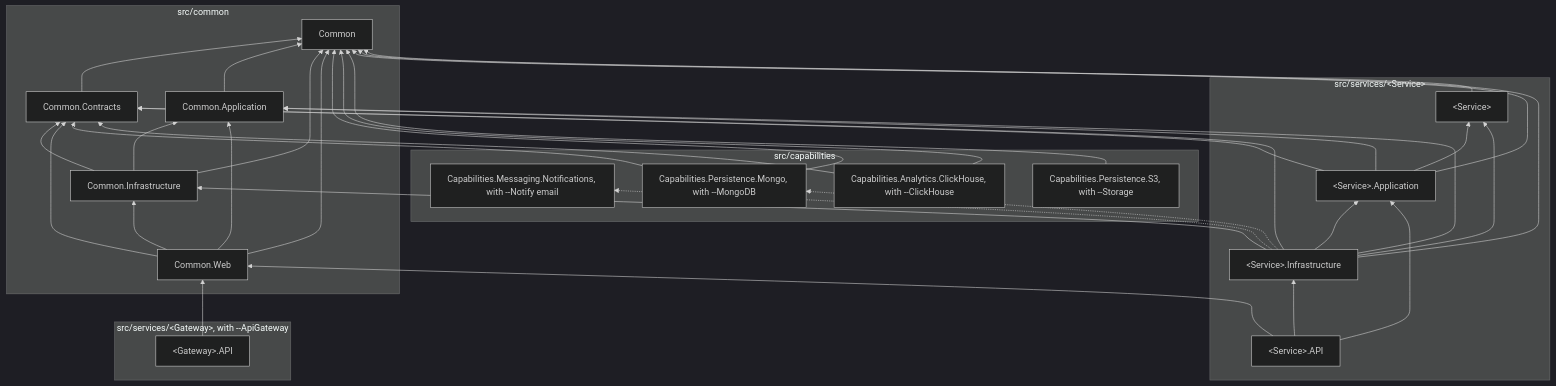
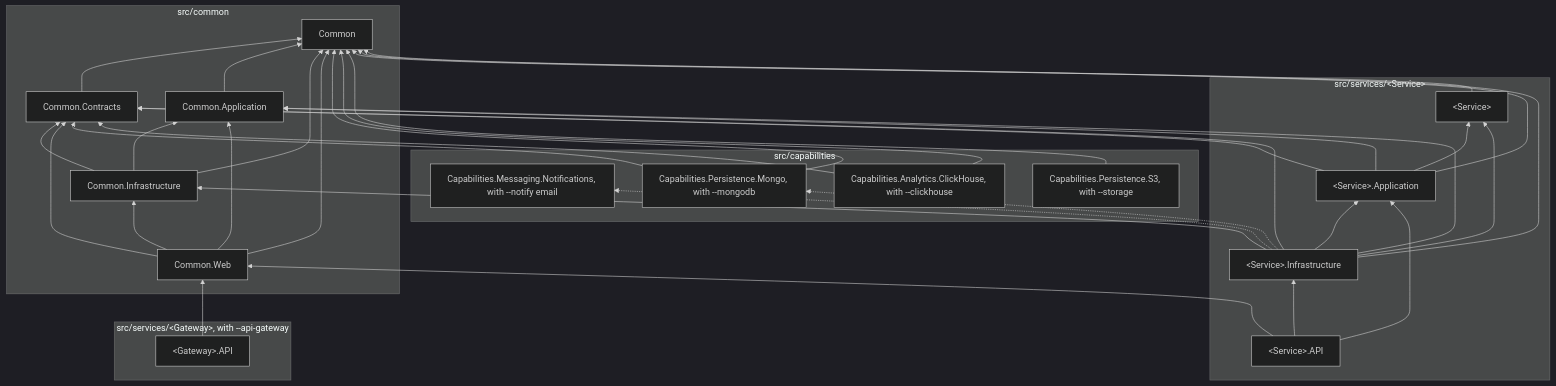
The diagram in docs/architecture/projects-and-layers.md (sawking-tech/DotNetSolutionKit), drawn with Mermaid (dark theme) before and after one commit. The commit also changed other lines of this file and 76 other files, not shown here.

````diff
--- a/docs/architecture/projects-and-layers.md
+++ b/docs/architecture/projects-and-layers.md
@@ -8,44 +8,44 @@
 ```mermaid
 flowchart BT
     subgraph common [src/common]
         C[Common]
         CC[Common.Contracts] --> C
         CA[Common.Application] --> C
         CI[Common.Infrastructure] --> C
         CI --> CA
         CI --> CC
         CW[Common.Web] --> C
         CW --> CC
         CW --> CA
         CW --> CI
     end
     subgraph capabilities [src/capabilities]
-        CN["Capabilities.Messaging.Notifications, with --Notify email"]
-        CM["Capabilities.Persistence.Mongo, with --MongoDB"] --> C
+        CN["Capabilities.Messaging.Notifications, with --notify email"]
+        CM["Capabilities.Persistence.Mongo, with --mongodb"] --> C
         CM --> CC
-        CCH["Capabilities.Analytics.ClickHouse, with --ClickHouse"] --> C
+        CCH["Capabilities.Analytics.ClickHouse, with --clickhouse"] --> C
         CCH --> CC
-        CS["Capabilities.Persistence.S3, with --Storage"] --> C
+        CS["Capabilities.Persistence.S3, with --storage"] --> C
     end
     subgraph service ["src/services/#lt;Service#gt;"]
         D["#lt;Service#gt;"] --> C
         A["#lt;Service#gt;.Application"] --> D
         A --> CA
         A --> C
         A --> CC
         I["#lt;Service#gt;.Infrastructure"] --> D
         I --> A
         I --> C
         I --> CA
         I --> CI
         I --> CC
         I -.-> CN
         I -.-> CM
         API["#lt;Service#gt;.API"] --> A
         API --> I
         API --> CW
     end
-    subgraph gateway ["src/services/#lt;Gateway#gt;, with --ApiGateway"]
+    subgraph gateway ["src/services/#lt;Gateway#gt;, with --api-gateway"]
         G["#lt;Gateway#gt;.API"] --> CW
     end
 ```
````
